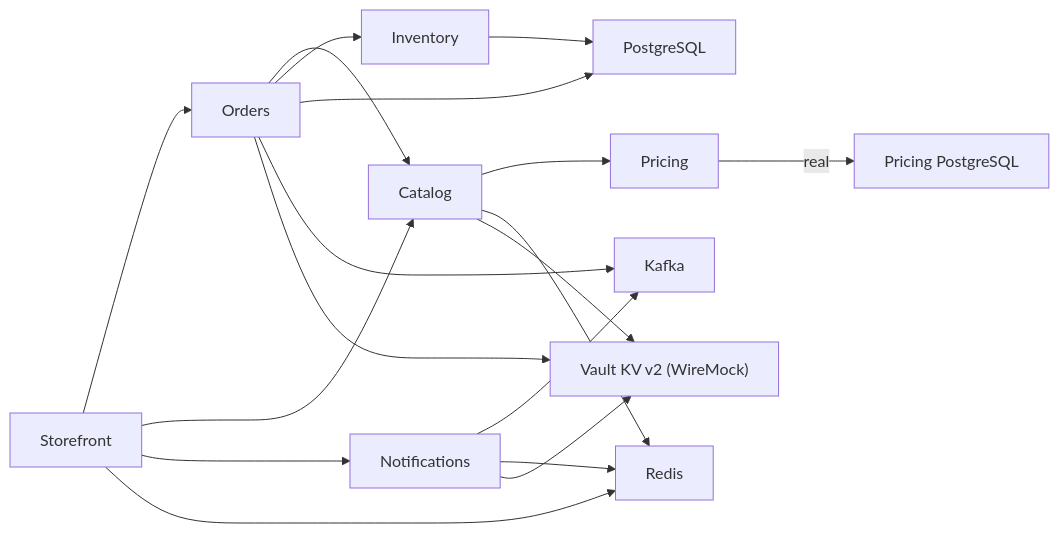
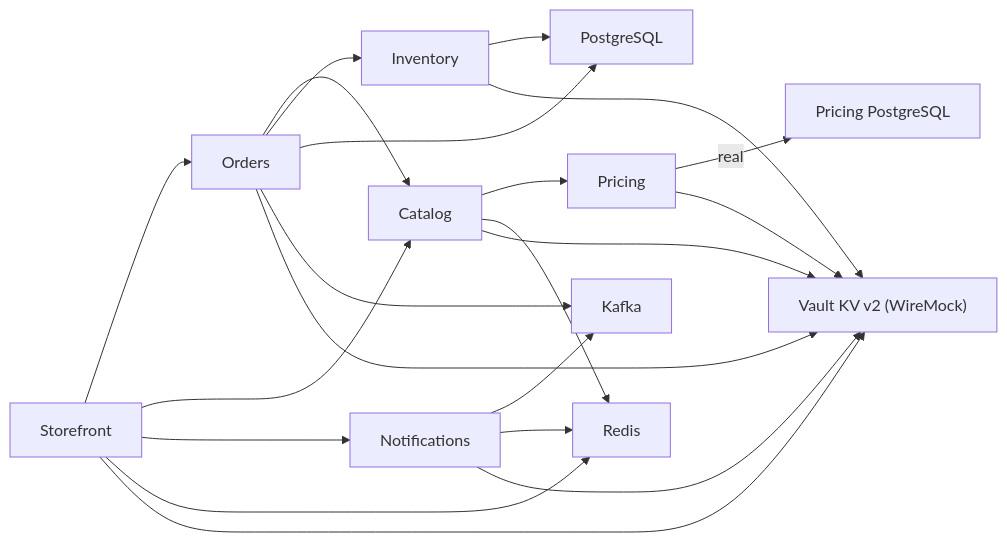
Before and after one commit to chochanyeon/injector: the diagram in examples/demo/monorepo/README.md, drawn with Mermaid. The commit also changed other lines of this file and 20 other files, not shown here.

````diff
--- a/examples/demo/monorepo/README.md
+++ b/examples/demo/monorepo/README.md
@@ -7,10 +7,10 @@
 ```mermaid
 flowchart LR
     Storefront --> Orders & Catalog & Notifications & Redis
     Orders --> Catalog & Inventory & PostgreSQL & Kafka
     Catalog --> Pricing & Redis
     Inventory --> PostgreSQL
     Pricing -->|real| PricingDB["Pricing PostgreSQL"]
     Notifications --> Kafka & Redis
-    Orders & Catalog & Notifications --> Vault["Vault KV v2 (WireMock)"]
+    Storefront & Orders & Catalog & Pricing & Inventory & Notifications --> Vault["Vault KV v2 (WireMock)"]
 ```
````
